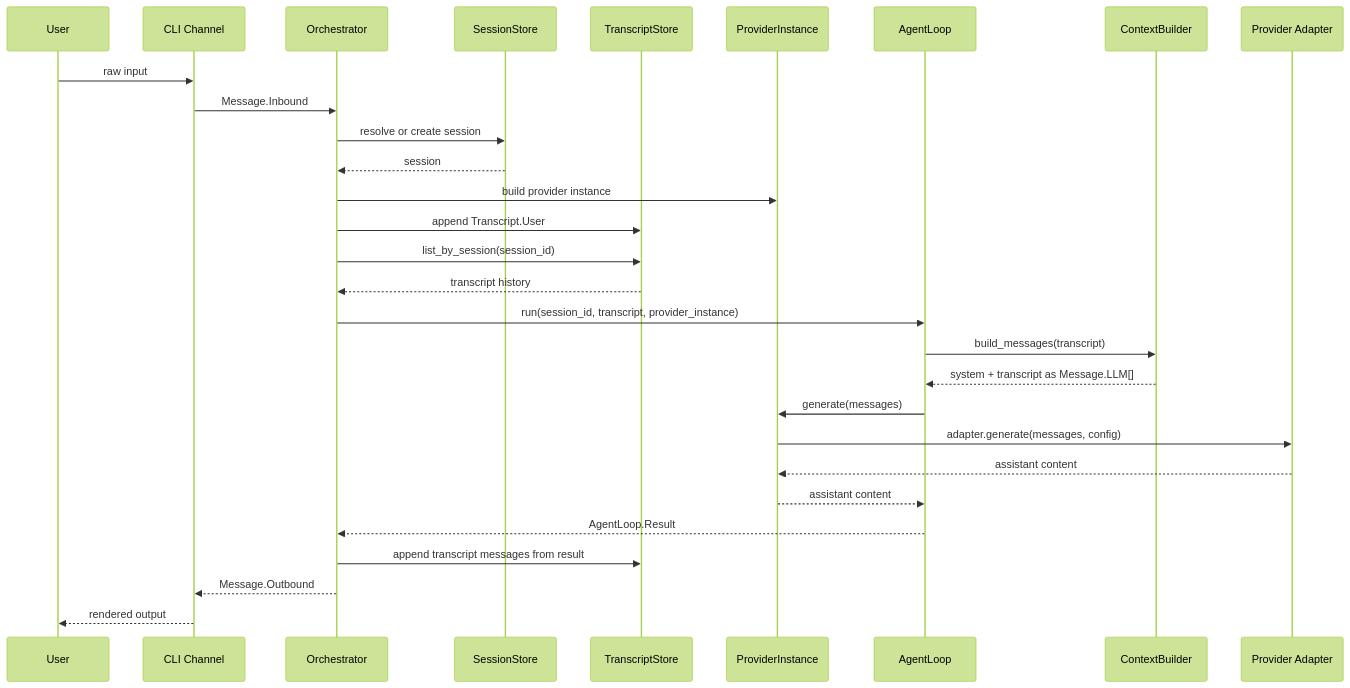
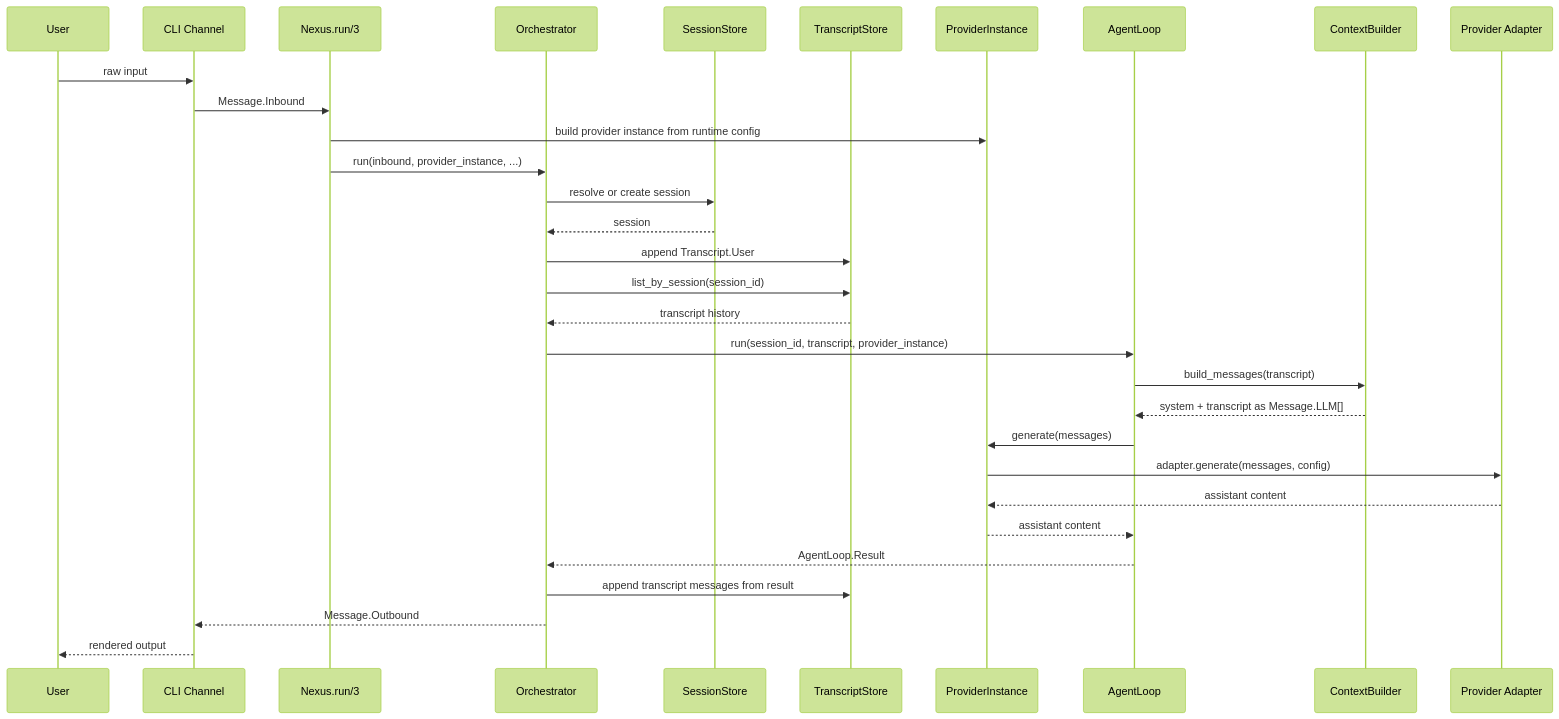
Before and after one commit to 0xc14m1z/nexus: the second of 3 diagrams in docs/architecture-diagrams.md, drawn with Mermaid (forest theme). The commit also changed other lines of this file and 6 other files, not shown here.

Commit message:
refactor: route runtime through nexus entrypoint

````diff
--- a/docs/architecture-diagrams.md
+++ b/docs/architecture-diagrams.md
@@ -50,32 +52,34 @@
 ```mermaid
 sequenceDiagram
     participant U as User
     participant C as CLI Channel
+    participant R as Nexus.run/3
     participant O as Orchestrator
     participant S as SessionStore
     participant T as TranscriptStore
     participant PI as ProviderInstance
     participant A as AgentLoop
     participant B as ContextBuilder
     participant P as Provider Adapter
 
     U->>C: raw input
-    C->>O: Message.Inbound
+    C->>R: Message.Inbound
+    R->>PI: build provider instance from runtime config
+    R->>O: run(inbound, provider_instance, ...)
     O->>S: resolve or create session
     S-->>O: session
-    O->>PI: build provider instance
     O->>T: append Transcript.User
     O->>T: list_by_session(session_id)
     T-->>O: transcript history
     O->>A: run(session_id, transcript, provider_instance)
     A->>B: build_messages(transcript)
     B-->>A: system + transcript as Message.LLM[]
     A->>PI: generate(messages)
     PI->>P: adapter.generate(messages, config)
     P-->>PI: assistant content
     PI-->>A: assistant content
     A-->>O: AgentLoop.Result
     O->>T: append transcript messages from result
     O-->>C: Message.Outbound
     C-->>U: rendered output
 ```
````
